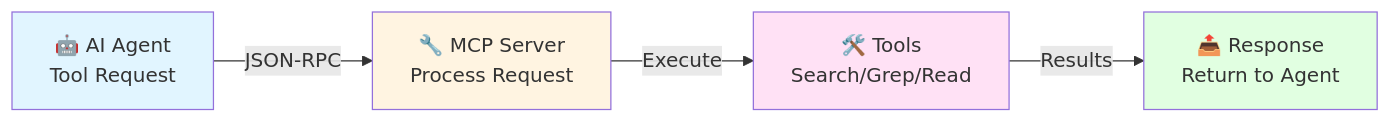
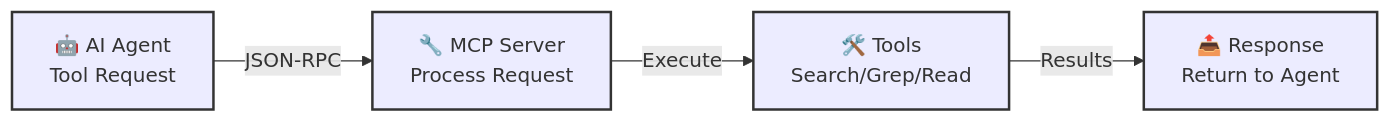
One commit to LiuQBinh/simple-rag-code-mcp changed the first of 4 diagrams in README.md. Above: the diagram before and after it, drawn with Mermaid. The commit also changed other lines of this file, not shown here.

````diff
--- a/README.md
+++ b/README.md
@@ -7,11 +7,11 @@
 ```mermaid
 flowchart LR
     A["🤖 AI Agent<br/>Tool Request"] -->|JSON-RPC| B["🔧 MCP Server<br/>Process Request"]
     B -->|Execute| C["🛠️ Tools<br/>Search/Grep/Read"]
     C -->|Results| D["📤 Response<br/>Return to Agent"]
     
-    style A fill:#e1f5ff
-    style B fill:#fff4e1
-    style C fill:#ffe1f5
-    style D fill:#e1ffe1
+    style A stroke:#333,stroke-width:2px
+    style B stroke:#333,stroke-width:2px
+    style C stroke:#333,stroke-width:2px
+    style D stroke:#333,stroke-width:2px
 ```
````
